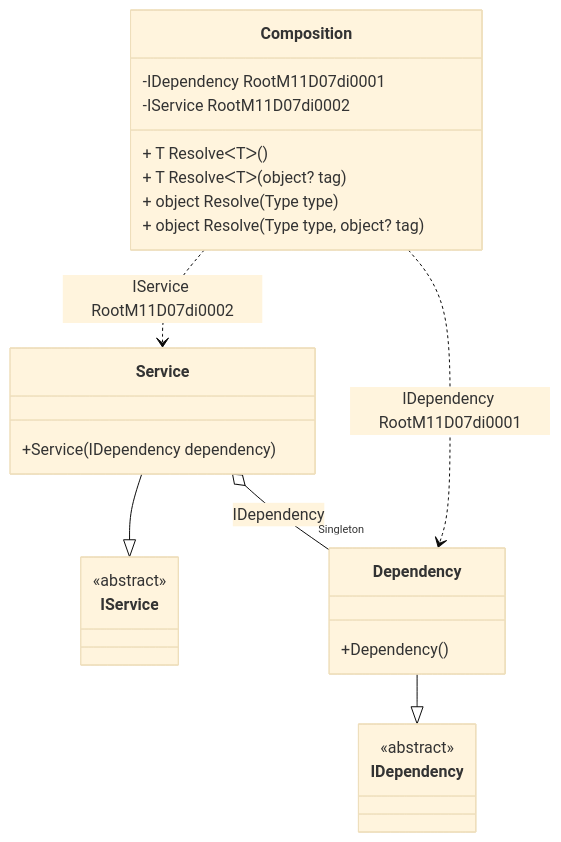
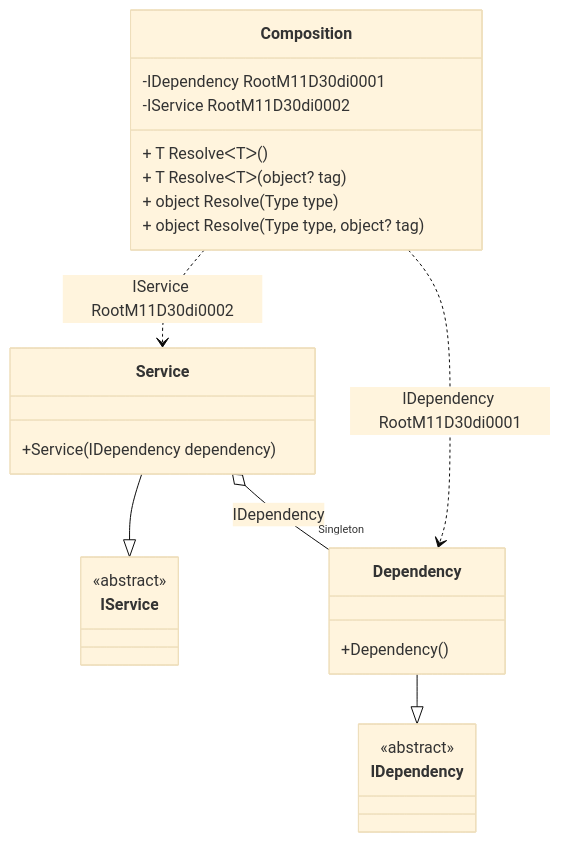
The diagram in readme/service-collection.md (DevTeam/Pure.DI), drawn with Mermaid (base theme) before and after one commit. The commit also changed other lines of this file and 70 other files, not shown here.

````diff
--- a/readme/service-collection.md
+++ b/readme/service-collection.md
@@ -50,28 +50,28 @@
 ```mermaid
 classDiagram
   class Composition {
-    -IDependency RootM11D07di0001
-    -IService RootM11D07di0002
+    -IDependency RootM11D30di0001
+    -IService RootM11D30di0002
     + T ResolveᐸTᐳ()
     + T ResolveᐸTᐳ(object? tag)
     + object Resolve(Type type)
     + object Resolve(Type type, object? tag)
   }
   Service --|> IService : 
   class Service {
     +Service(IDependency dependency)
   }
   Dependency --|> IDependency : 
   class Dependency {
     +Dependency()
   }
   class IService {
     <<abstract>>
   }
   class IDependency {
     <<abstract>>
   }
   Service o--  "Singleton" Dependency : IDependency
-  Composition ..> Dependency : IDependency RootM11D07di0001
-  Composition ..> Service : IService RootM11D07di0002
+  Composition ..> Dependency : IDependency RootM11D30di0001
+  Composition ..> Service : IService RootM11D30di0002
 ```
````
